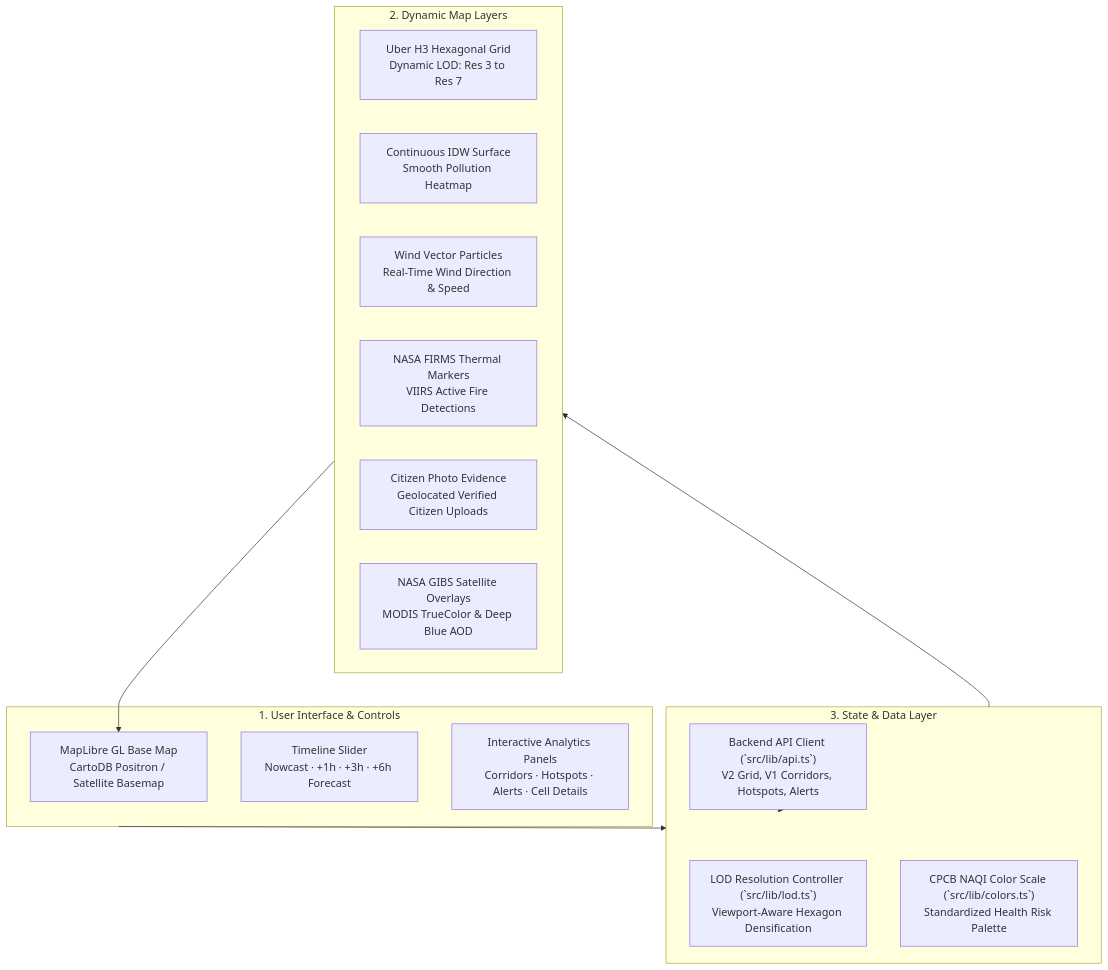
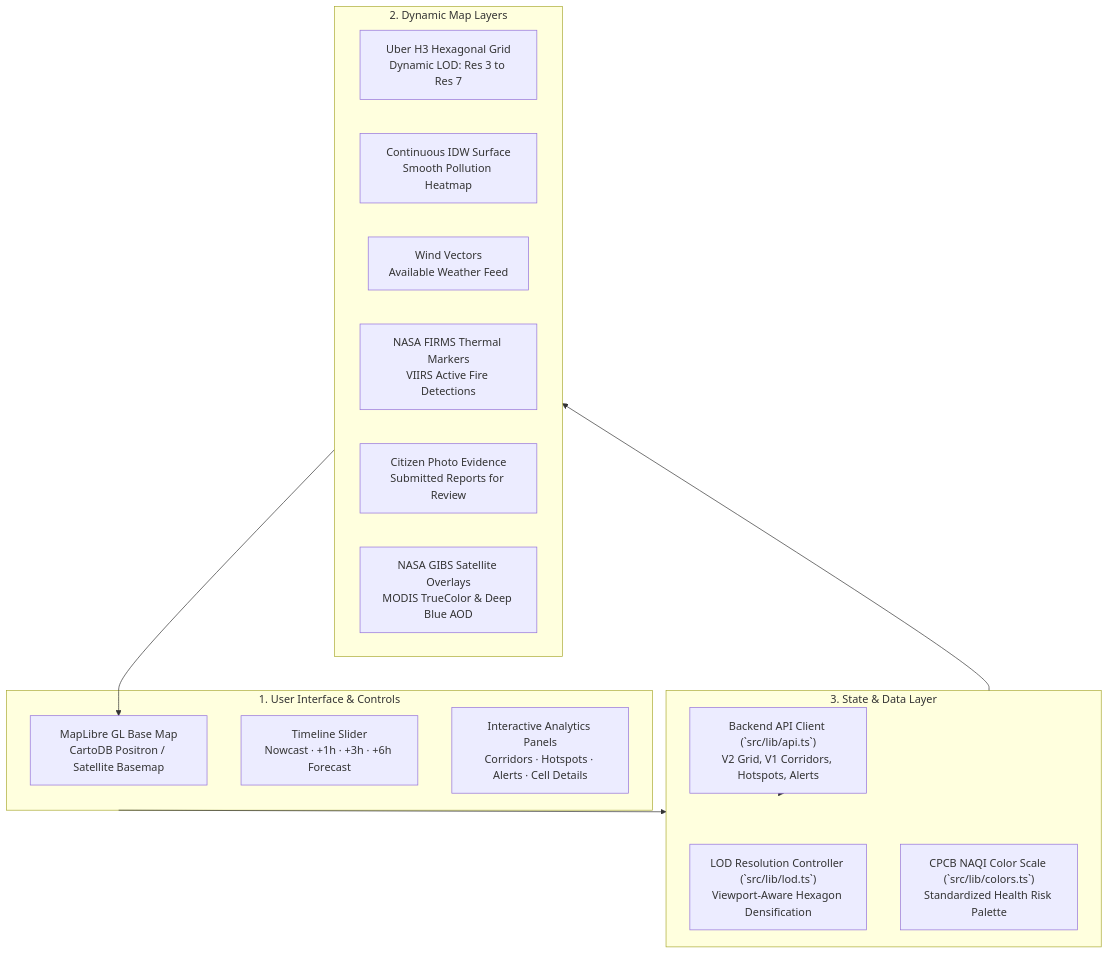
One commit to Hima-11-works/gdg-c4c changed the diagram in frontend/README.md. Above: the diagram before and after it, drawn with Mermaid. The commit also changed other lines of this file and 6 other files, not shown here.

````diff
--- a/frontend/README.md
+++ b/frontend/README.md
@@ -15,28 +14,28 @@
 ```mermaid
 flowchart TB
     subgraph UI["1. User Interface & Controls"]
         MAP["MapLibre GL Base Map<br/>CartoDB Positron / Satellite Basemap"]
         TIMELINE["Timeline Slider<br/>Nowcast · +1h · +3h · +6h Forecast"]
         PANELS["Interactive Analytics Panels<br/>Corridors · Hotspots · Alerts · Cell Details"]
     end
 
     subgraph LAYERS["2. Dynamic Map Layers"]
         H3_HEX["Uber H3 Hexagonal Grid<br/>Dynamic LOD: Res 3 to Res 7"]
         IDW_HEAT["Continuous IDW Surface<br/>Smooth Pollution Heatmap"]
-        WIND["Wind Vector Particles<br/>Real-Time Wind Direction & Speed"]
+        WIND["Wind Vectors<br/>Available Weather Feed"]
         FIRMS["NASA FIRMS Thermal Markers<br/>VIIRS Active Fire Detections"]
-        PHOTOS["Citizen Photo Evidence<br/>Geolocated Verified Citizen Uploads"]
+        PHOTOS["Citizen Photo Evidence<br/>Submitted Reports for Review"]
         GIBS["NASA GIBS Satellite Overlays<br/>MODIS TrueColor & Deep Blue AOD"]
     end
 
     subgraph STATE["3. State & Data Layer"]
         API["Backend API Client (`src/lib/api.ts`)<br/>V2 Grid, V1 Corridors, Hotspots, Alerts"]
         LOD["LOD Resolution Controller (`src/lib/lod.ts`)<br/>Viewport-Aware Hexagon Densification"]
         SCALE["CPCB NAQI Color Scale (`src/lib/colors.ts`)<br/>Standardized Health Risk Palette"]
     end
 
     API --> STATE
     STATE --> LAYERS
     LAYERS --> MAP
     UI --> STATE
 ```
````
